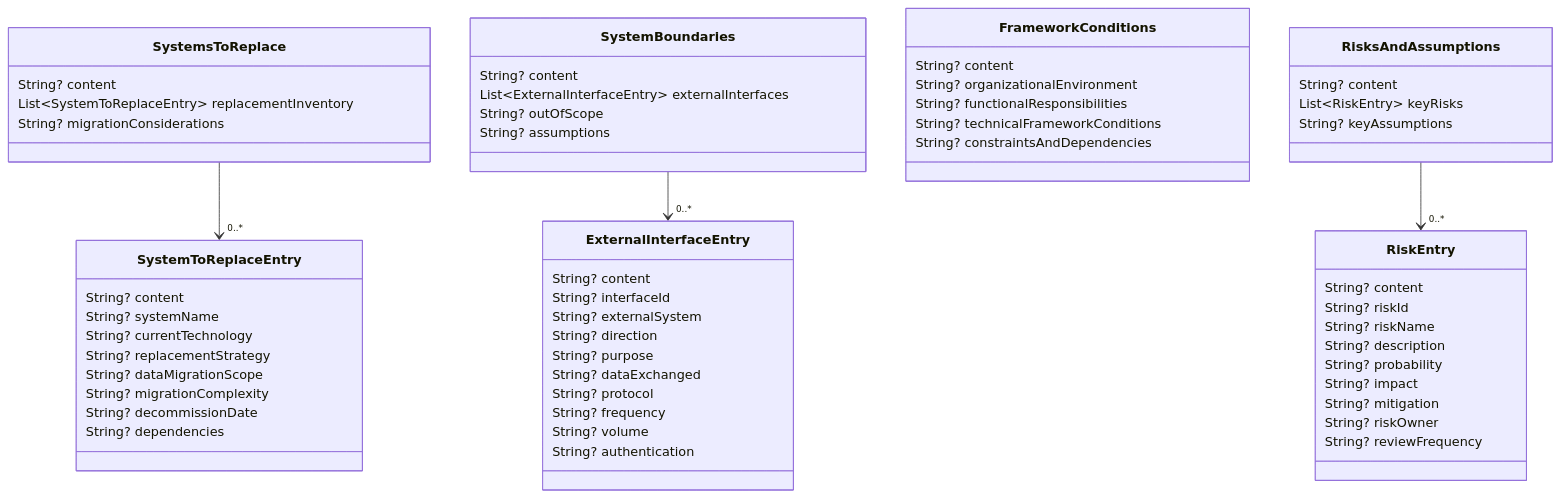
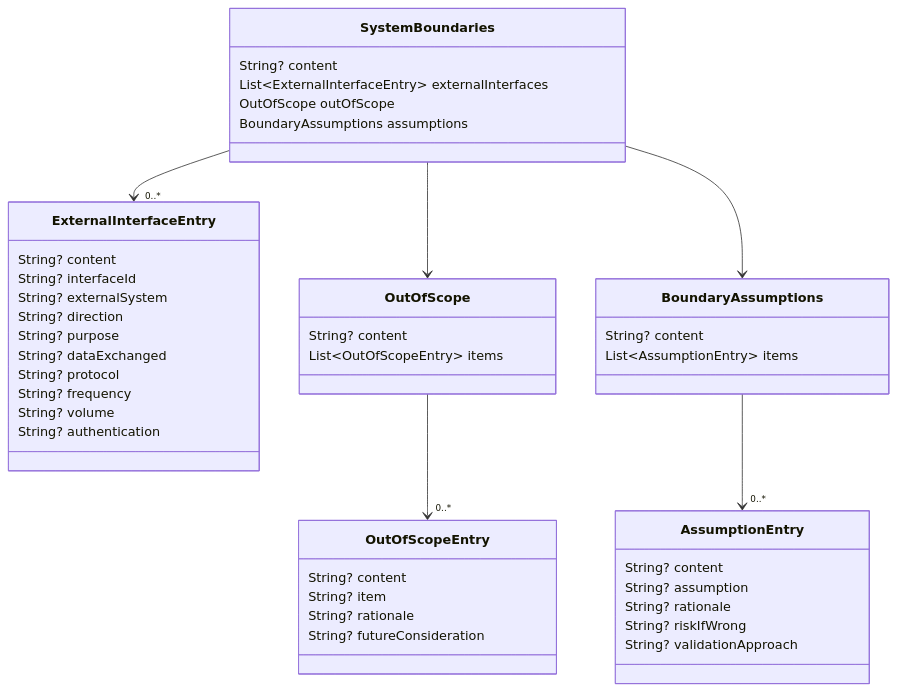
One commit to al-the-bear/tom_ai_build changed the tenth of 22 diagrams in tom_specs_model/doc/pd_project_definition_model.md. Above: the diagram before and after it, drawn with Mermaid. The commit also changed other lines of this file and 15 other files, not shown here.

````diff
--- a/tom_specs_model/doc/pd_project_definition_model.md
+++ b/tom_specs_model/doc/pd_project_definition_model.md
@@ -564,69 +718,53 @@
 ```mermaid
 classDiagram
-    class SystemsToReplace {
-        String? content
-        List~SystemToReplaceEntry~ replacementInventory
-        String? migrationConsiderations
-    }
-
-    class SystemToReplaceEntry {
-        String? content
-        String? systemName
-        String? currentTechnology
-        String? replacementStrategy
-        String? dataMigrationScope
-        String? migrationComplexity
-        String? decommissionDate
-        String? dependencies
-    }
-
     class SystemBoundaries {
         String? content
         List~ExternalInterfaceEntry~ externalInterfaces
-        String? outOfScope
-        String? assumptions
+        OutOfScope outOfScope
+        BoundaryAssumptions assumptions
     }
 
     class ExternalInterfaceEntry {
         String? content
         String? interfaceId
         String? externalSystem
         String? direction
         String? purpose
         String? dataExchanged
         String? protocol
         String? frequency
         String? volume
         String? authentication
     }
 
-    class FrameworkConditions {
+    class OutOfScope {
         String? content
-        String? organizationalEnvironment
-        String? functionalResponsibilities
-        String? technicalFrameworkConditions
-        String? constraintsAndDependencies
+        List~OutOfScopeEntry~ items
     }
 
-    class RisksAndAssumptions {
+    class OutOfScopeEntry {
         String? content
-        List~RiskEntry~ keyRisks
-        String? keyAssumptions
+        String? item
+        String? rationale
+        String? futureConsideration
     }
 
-    class RiskEntry {
+    class BoundaryAssumptions {
         String? content
-        String? riskId
-        String? riskName
-        String? description
-        String? probability
-        String? impact
-        String? mitigation
-        String? riskOwner
-        String? reviewFrequency
+        List~AssumptionEntry~ items
     }
 
-    SystemsToReplace --> "0..*" SystemToReplaceEntry
+    class AssumptionEntry {
+        String? content
+        String? assumption
+        String? rationale
+        String? riskIfWrong
+        String? validationApproach
+    }
+
     SystemBoundaries --> "0..*" ExternalInterfaceEntry
-    RisksAndAssumptions --> "0..*" RiskEntry
+    SystemBoundaries --> OutOfScope
+    SystemBoundaries --> BoundaryAssumptions
+    OutOfScope --> "0..*" OutOfScopeEntry
+    BoundaryAssumptions --> "0..*" AssumptionEntry
 ```
````
